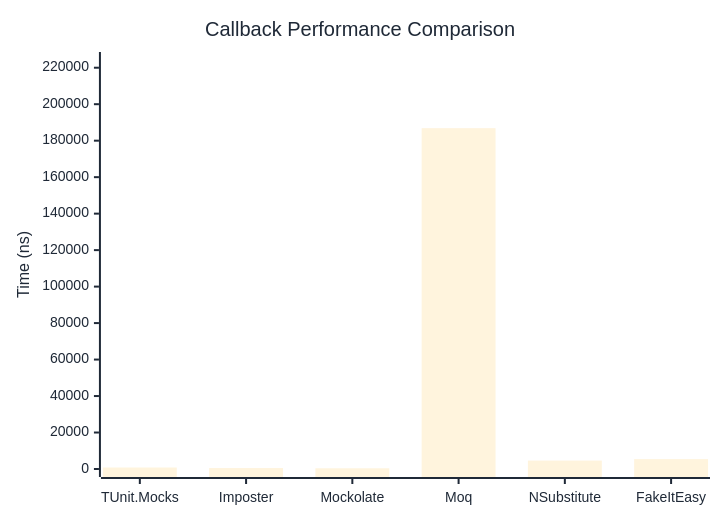
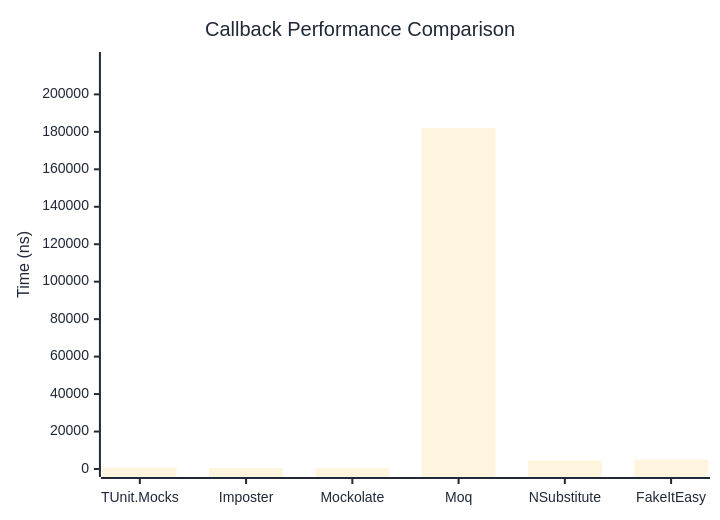
The first of 2 diagrams in docs/docs/benchmarks/mocks/Callback.md (thomhurst/TUnit), drawn with Mermaid before and after one commit. The commit also changed other lines of this file and 14 other files, not shown here.

````diff
--- a/docs/docs/benchmarks/mocks/Callback.md
+++ b/docs/docs/benchmarks/mocks/Callback.md
@@ -30,27 +30,27 @@
 ```mermaid
 %%{init: {
   'theme':'base',
   'themeVariables': {
     'primaryColor': '#2563eb',
     'primaryTextColor': '#1f2937',
     'primaryBorderColor': '#1e40af',
     'lineColor': '#6b7280',
     'secondaryColor': '#7c3aed',
     'tertiaryColor': '#dc2626',
     'background': '#ffffff',
     'pie1': '#2563eb',
     'pie2': '#7c3aed',
     'pie3': '#dc2626',
     'pie4': '#f59e0b',
     'pie5': '#10b981',
     'pie6': '#06b6d4',
     'pie7': '#ec4899',
     'pie8': '#6366f1'
   }
 }}%%
 xychart-beta
   title "Callback Performance Comparison"
   x-axis ["TUnit.Mocks", "Imposter", "Mockolate", "Moq", "NSubstitute", "FakeItEasy"]
-  y-axis "Time (ns)" 0 --> 224231
-  bar [814.9, 528.9, 391.6, 186858.7, 4615.8, 5425.7]
+  y-axis "Time (ns)" 0 --> 218357
+  bar [749.7, 482, 356.7, 181963.7, 4529.3, 5027.1]
 ```
````
